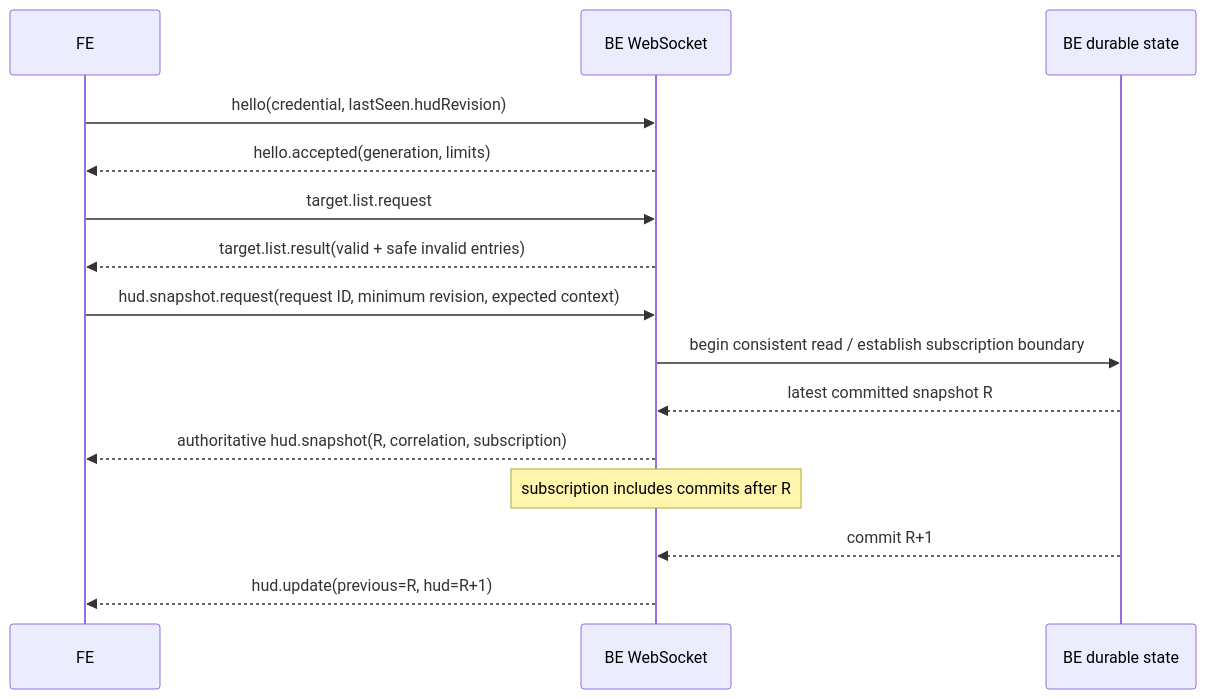
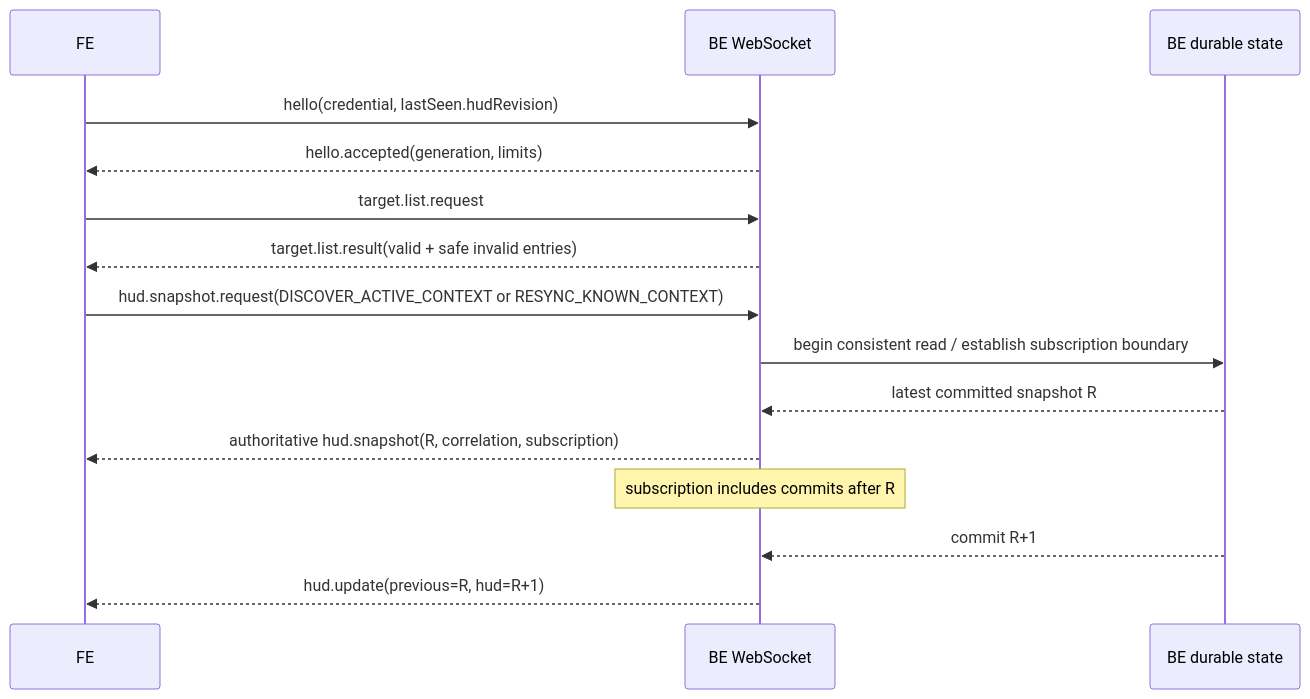
Before and after one commit to Synclab-VN-dev/StreamOps: the third of 3 diagrams in utility/d4planner/contracts/release1/v1/adr-001-integration-boundaries.md, drawn with Mermaid. The commit also changed other lines of this file and 16 other files, not shown here.

Commit message:
docs(d4planner): complete active-context contract review

````diff
--- a/utility/d4planner/contracts/release1/v1/adr-001-integration-boundaries.md
+++ b/utility/d4planner/contracts/release1/v1/adr-001-integration-boundaries.md
@@ -193,17 +199,17 @@
 ```mermaid
 sequenceDiagram
   participant FE
   participant WS as BE WebSocket
   participant DB as BE durable state
   FE->>WS: hello(credential, lastSeen.hudRevision)
   WS-->>FE: hello.accepted(generation, limits)
   FE->>WS: target.list.request
   WS-->>FE: target.list.result(valid + safe invalid entries)
-  FE->>WS: hud.snapshot.request(request ID, minimum revision, expected context)
+  FE->>WS: hud.snapshot.request(DISCOVER_ACTIVE_CONTEXT or RESYNC_KNOWN_CONTEXT)
   WS->>DB: begin consistent read / establish subscription boundary
   DB-->>WS: latest committed snapshot R
   WS-->>FE: authoritative hud.snapshot(R, correlation, subscription)
   Note over WS: subscription includes commits after R
   DB-->>WS: commit R+1
   WS-->>FE: hud.update(previous=R, hud=R+1)
 ```
````
